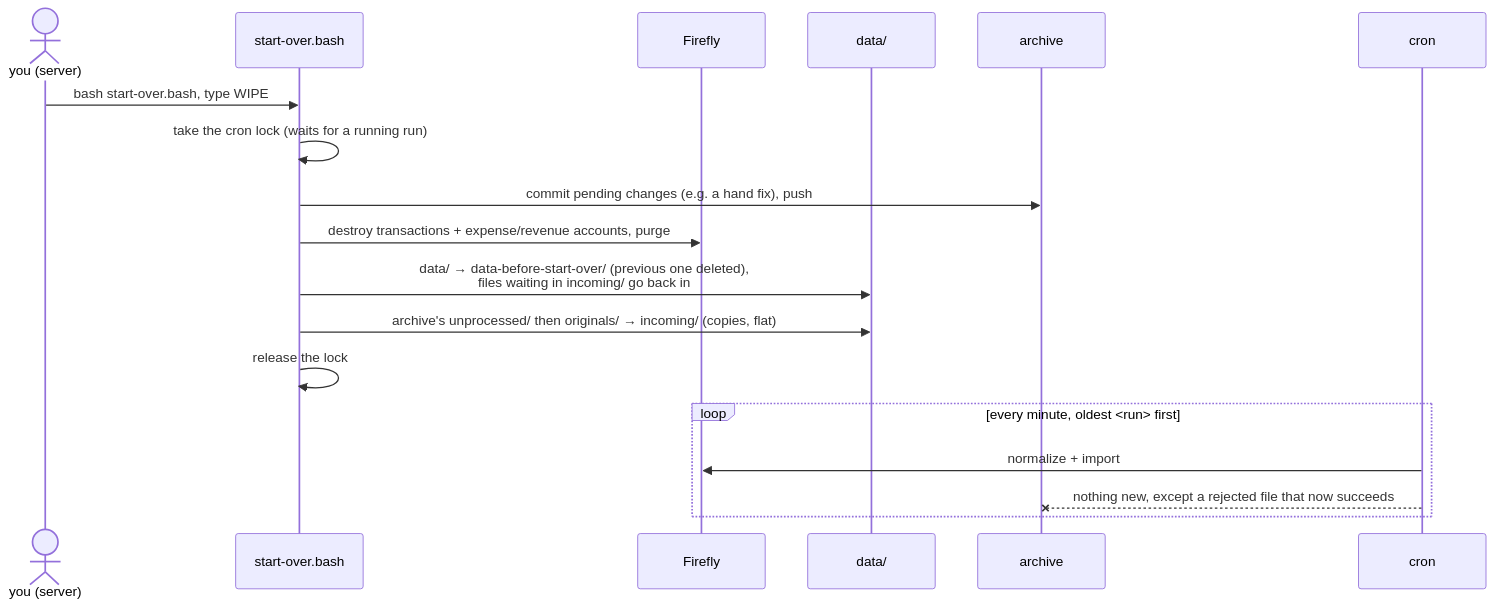
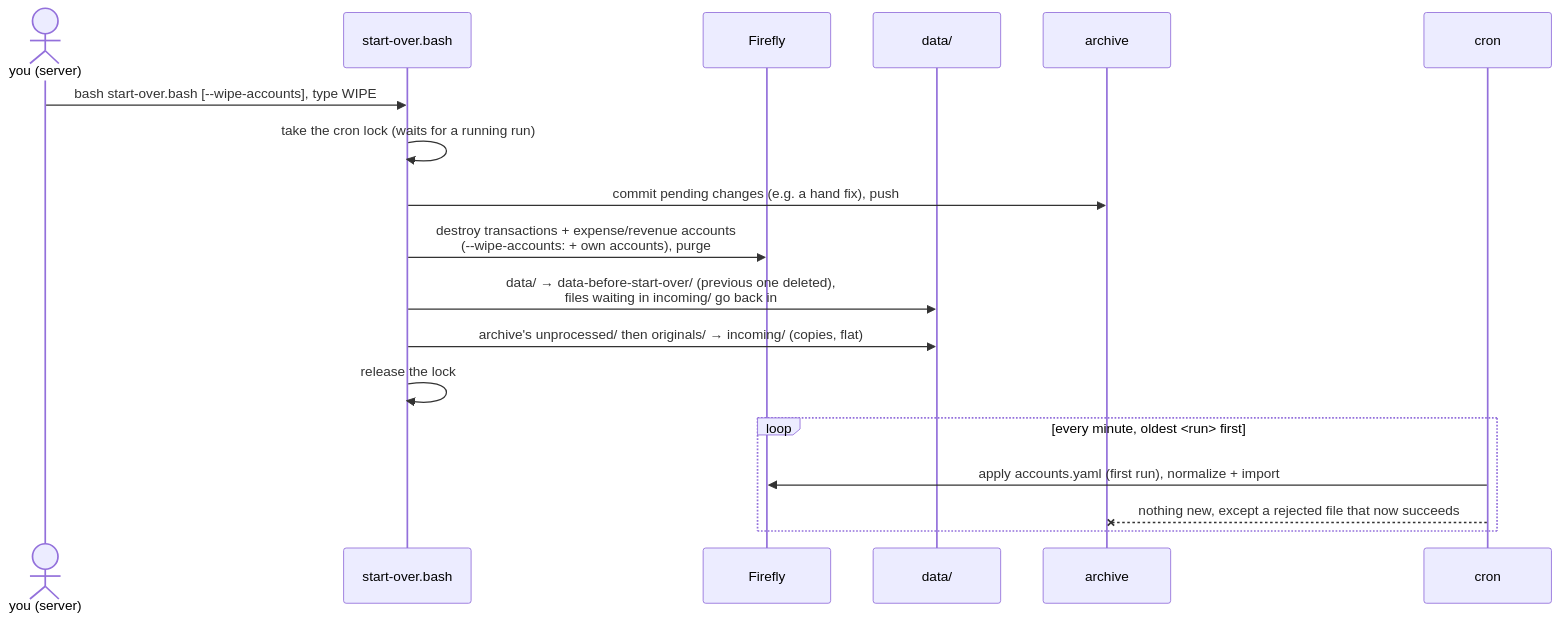
The eighth of 8 diagrams in docs/archive-and-reload.md (TrueNAS-Script-Kiddie/firefly-iii-feeder), drawn with Mermaid before and after one commit. The commit also changed other lines of this file and 6 other files, not shown here.

First line of the commit message:
Plan 01 step 6: document the own accounts file

````diff
--- a/docs/archive-and-reload.md
+++ b/docs/archive-and-reload.md
@@ -222,20 +232,20 @@
 ```mermaid
 sequenceDiagram
     actor U as you (server)
     participant S as start-over.bash
     participant F as Firefly
     participant D as data/
     participant A as archive
     participant C as cron
-    U->>S: bash start-over.bash, type WIPE
+    U->>S: bash start-over.bash [--wipe-accounts], type WIPE
     S->>S: take the cron lock (waits for a running run)
     S->>A: commit pending changes (e.g. a hand fix), push
-    S->>F: destroy transactions + expense/revenue accounts, purge
+    S->>F: destroy transactions + expense/revenue accounts<br/>(--wipe-accounts: + own accounts), purge
     S->>D: data/ → data-before-start-over/ (previous one deleted),<br/>files waiting in incoming/ go back in
     S->>D: archive's unprocessed/ then originals/ → incoming/ (copies, flat)
     S->>S: release the lock
     loop every minute, oldest #lt;run#gt; first
-        C->>F: normalize + import
+        C->>F: apply accounts.yaml (first run), normalize + import
         C--xA: nothing new, except a rejected file that now succeeds
     end
 ```
````
